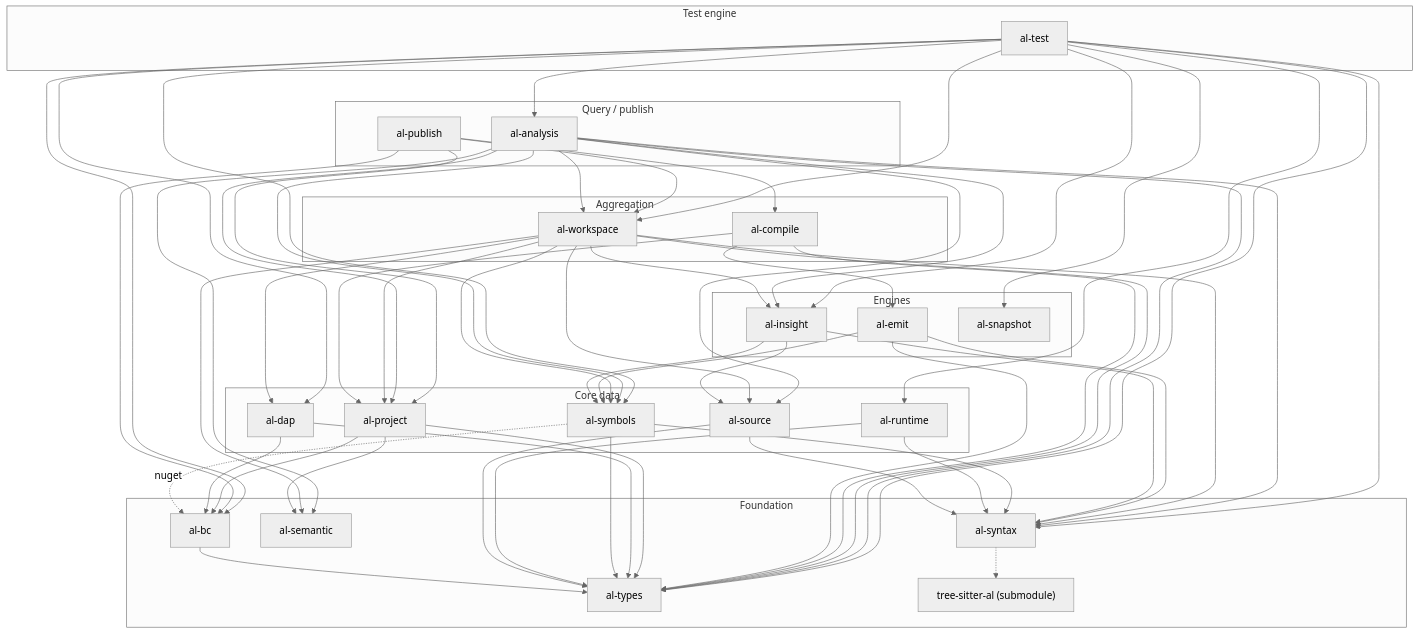
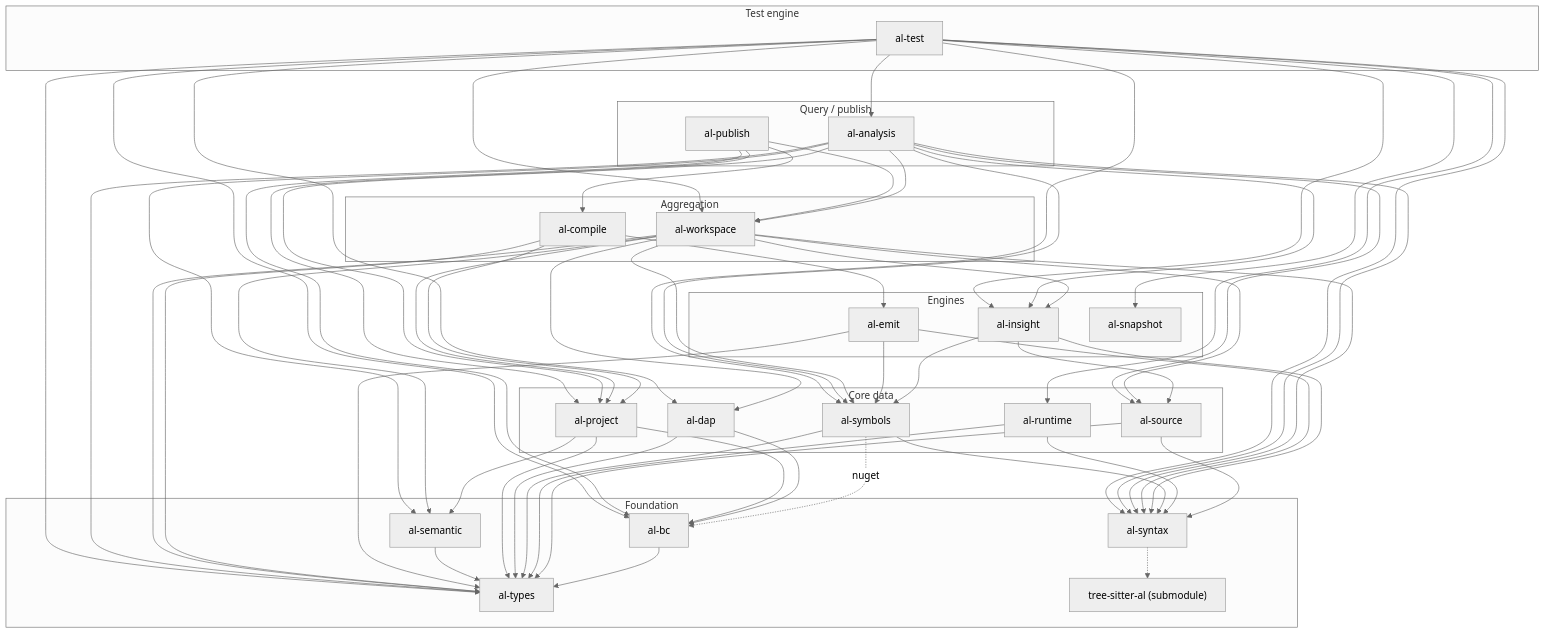
One commit to Brad-Fullwood/al.language.zed changed the first of 3 diagrams in Docs/architecture.md. Above: the diagram before and after it, drawn with Mermaid (neutral theme).

Commit message:
docs(architecture): draw the al-semantic to al-types dependency the manifest has (perf-01 cache root)

```diff
--- a/Docs/architecture.md
+++ b/Docs/architecture.md
@@ -67,6 +67,7 @@
   al_project --> al_types
   al_project --> al_bc
   al_project --> al_semantic
+  al_semantic --> al_types
 
   al_insight --> al_symbols
   al_insight --> al_source
```
